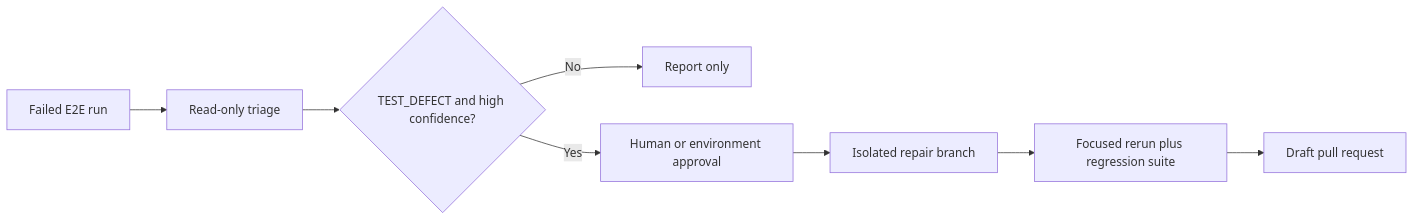
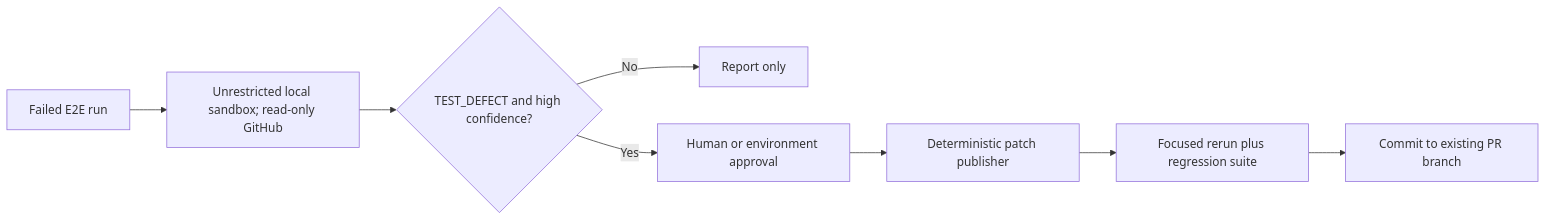
One commit to slawekradzyminski/self-healing-tests-demo changed the diagram in docs/repair-pull-requests.md. Above: the diagram before and after it, drawn with Mermaid. The commit also changed other lines of this file and 25 other files, not shown here.

Commit message:
Isolate unrestricted Claude repair from PR publishing

````diff
--- a/docs/repair-pull-requests.md
+++ b/docs/repair-pull-requests.md
@@ -9,10 +11,10 @@
 ```mermaid
 flowchart LR
-    Failure["Failed E2E run"] --> Triage["Read-only triage"]
+    Failure["Failed E2E run"] --> Triage["Unrestricted local sandbox; read-only GitHub"]
     Triage --> Gate{"TEST_DEFECT and high confidence?"}
     Gate -->|No| Report["Report only"]
     Gate -->|Yes| Approval["Human or environment approval"]
-    Approval --> Repair["Isolated repair branch"]
+    Approval --> Repair["Deterministic patch publisher"]
     Repair --> Verify["Focused rerun plus regression suite"]
-    Verify --> Draft["Draft pull request"]
+    Verify --> Draft["Commit to existing PR branch"]
 ```
````
